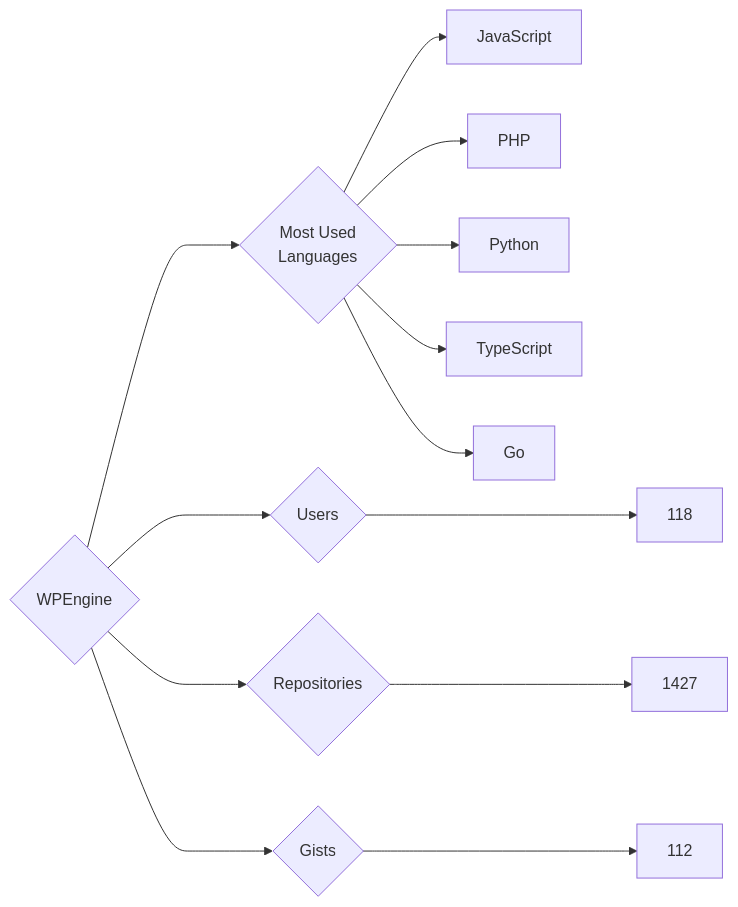
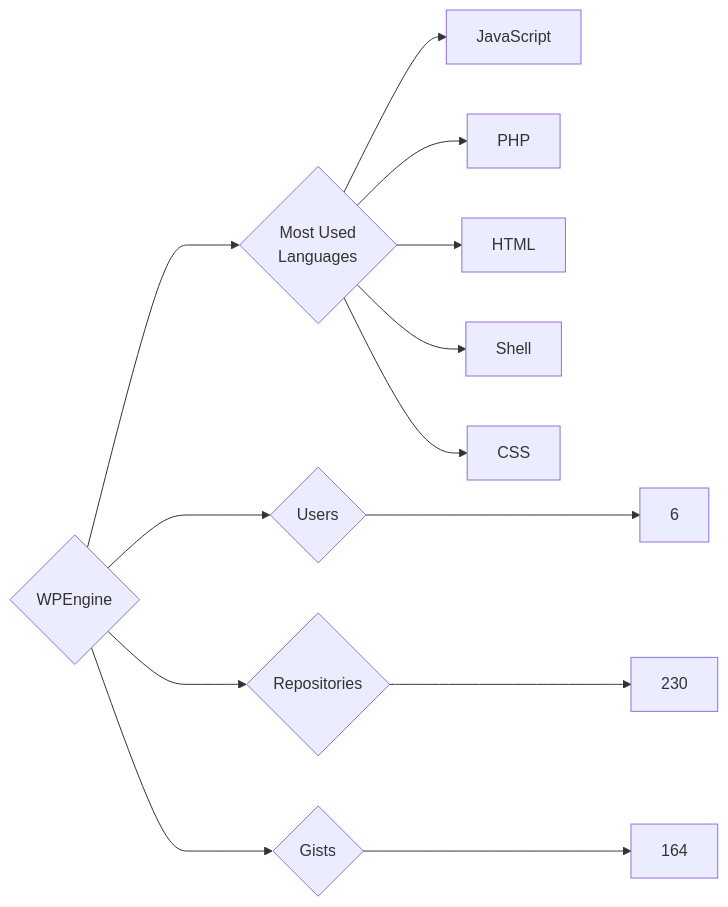
The diagram in targets/WPEngine/README.md (trickest/insiders), drawn with Mermaid before and after one commit. The commit also changed 1496 other files, not shown here.

````diff
--- a/targets/WPEngine/README.md
+++ b/targets/WPEngine/README.md
@@ -3,13 +3,13 @@
 ```mermaid
 graph LR
 COMPANY_NAME{WPEngine}
-COMPANY_NAME ---> U{Users} ---> UN[118]
-COMPANY_NAME ---> R{Repositories} ---> RN[1427]
-COMPANY_NAME ---> G{Gists} ---> GN[112]
+COMPANY_NAME ---> U{Users} ---> UN[6]
+COMPANY_NAME ---> R{Repositories} ---> RN[230]
+COMPANY_NAME ---> G{Gists} ---> GN[164]
 COMPANY_NAME ---> ML{Most Used<br>Languages}
 ML --> JavaScript[JavaScript]
 ML --> PHP[PHP]
-ML --> Python[Python]
-ML --> TypeScript[TypeScript]
-ML --> Go[Go]
+ML --> HTML[HTML]
+ML --> Shell[Shell]
+ML --> CSS[CSS]
 ```
````
